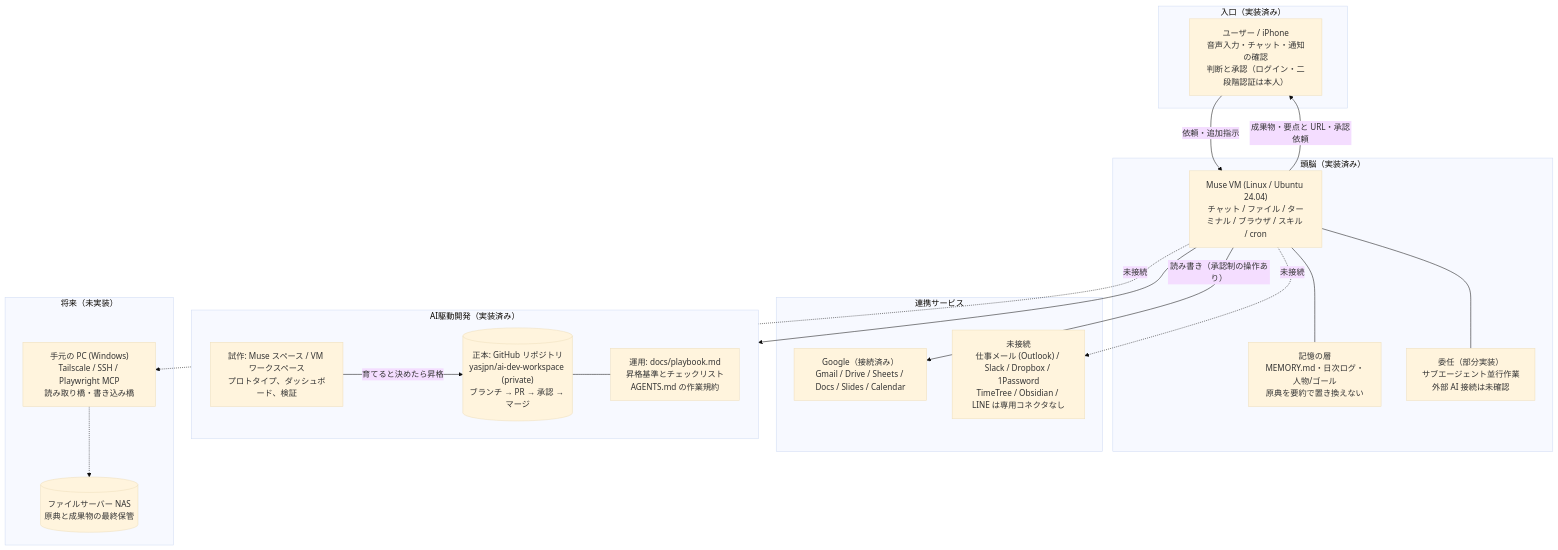
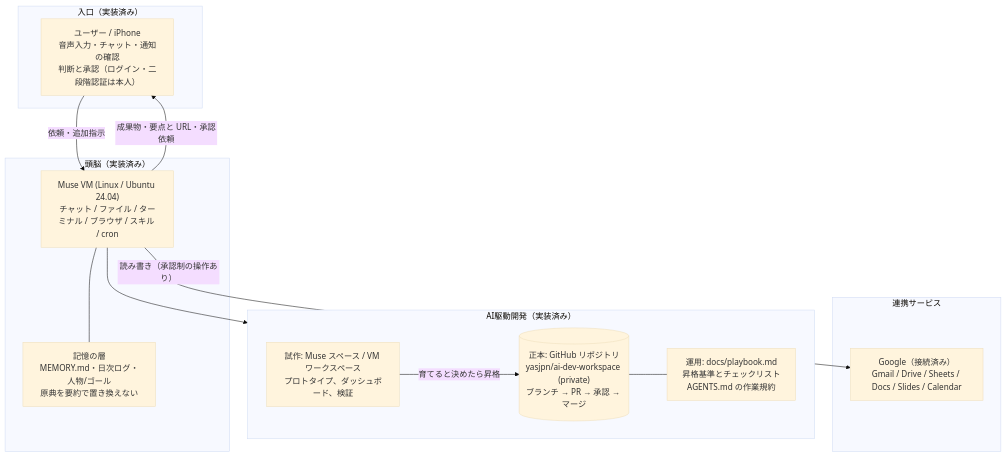
Before and after one commit to yasjpn/ai-dev-public: the first of 2 diagrams in docs/architecture.md, drawn with Mermaid (base theme). The commit also changed other lines of this file, not shown here.

Commit message:
docs: architecture shows implemented items only

````diff
--- a/docs/architecture.md
+++ b/docs/architecture.md
@@ -8,40 +10,30 @@
 ```mermaid
 flowchart TB
     subgraph IN["入口（実装済み）"]
         U["ユーザー / iPhone<br/>音声入力・チャット・通知の確認<br/>判断と承認（ログイン・二段階認証は本人）"]
     end
 
     subgraph BRAIN["頭脳（実装済み）"]
         M["Muse VM (Linux / Ubuntu 24.04)<br/>チャット / ファイル / ターミナル / ブラウザ / スキル / cron"]
         MEM["記憶の層<br/>MEMORY.md・日次ログ・人物/ゴール<br/>原典を要約で置き換えない"]
-        SUB["委任（部分実装）<br/>サブエージェント並行作業<br/>外部 AI 接続は未確認"]
         M --- MEM
-        M --- SUB
     end
 
     subgraph DEV["AI駆動開発（実装済み）"]
         SP["試作: Muse スペース / VM ワークスペース<br/>プロトタイプ、ダッシュボード、検証"]
         GH[("正本: GitHub リポジトリ<br/>yasjpn/ai-dev-workspace (private)<br/>ブランチ → PR → 承認 → マージ")]
         PB["運用: docs/playbook.md<br/>昇格基準とチェックリスト<br/>AGENTS.md の作業規約"]
         SP -->|"育てると決めたら昇格"| GH
         GH --- PB
     end
 
     subgraph LINK["連携サービス"]
         G["Google（接続済み）<br/>Gmail / Drive / Sheets / Docs / Slides / Calendar"]
-        X["未接続<br/>仕事メール (Outlook) / Slack / Dropbox / 1Password<br/>TimeTree / Obsidian / LINE は専用コネクタなし"]
     end
 
-    subgraph FUTURE["将来（未実装）"]
-        PC["手元の PC (Windows)<br/>Tailscale / SSH / Playwright MCP<br/>読み取り橋・書き込み橋"]
-        NAS[("ファイルサーバー NAS<br/>原典と成果物の最終保管")]
-    end
 
     U -->|"依頼・追加指示"| M
     M -->|"成果物・要点と URL・承認依頼"| U
     M --> DEV
     M -->|"読み書き（承認制の操作あり）"| G
-    M -.->|"未接続"| X
-    M -.->|"未接続"| PC
-    PC -.-> NAS
 ```
````
